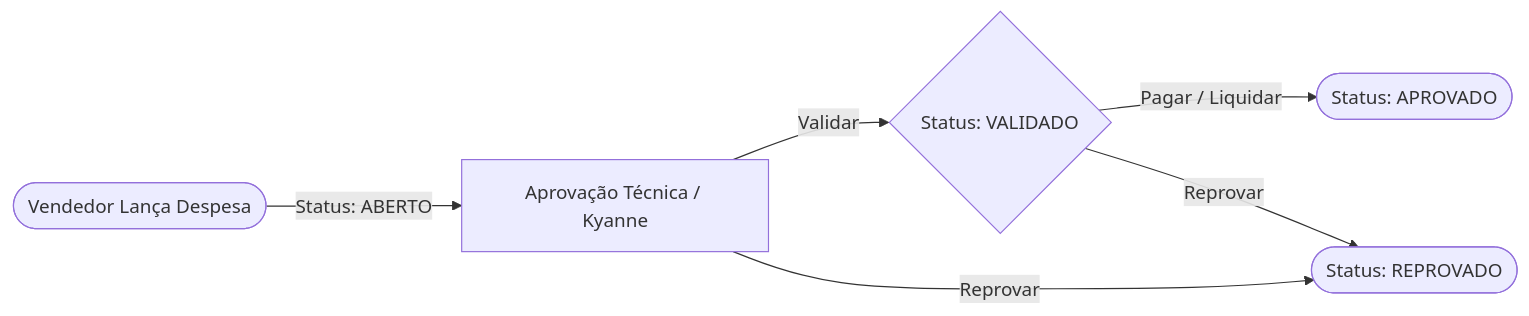
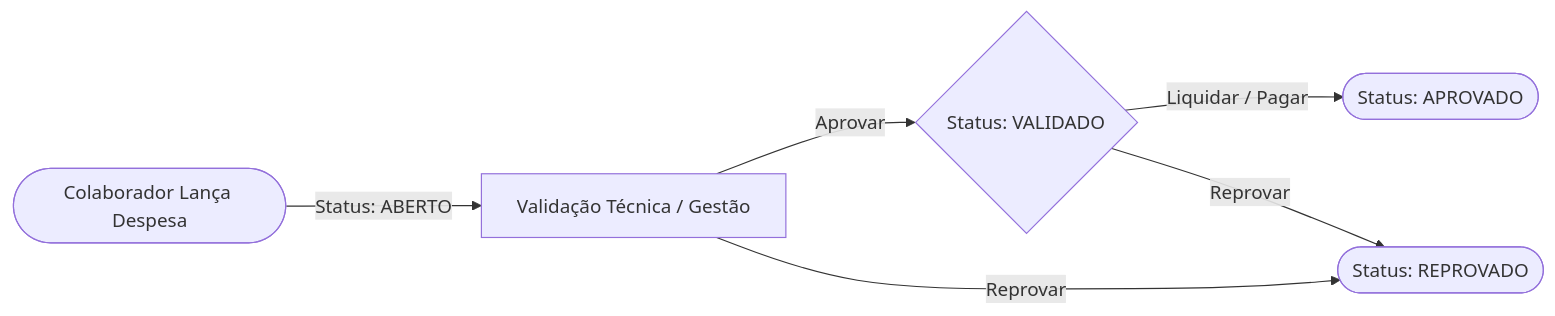
The diagram in README.md (suportesaav-web/portal_despesas_saavedra), drawn with Mermaid before and after one commit. The commit also changed other lines of this file and 6 other files, not shown here.

Commit message:
docs: atualiza README com matriz de aprovacao e roadmap; refactor: desacopla papeis tecnicos e ajusta visao admin

````diff
--- a/README.md
+++ b/README.md
@@ -83,8 +83,8 @@
 ```mermaid
 flowchart LR
-    A([Vendedor Lança Despesa]) -->|Status: ABERTO| B[Aprovação Técnica / Kyanne]
-    B -->|Validar| C{Status: VALIDADO}
+    A([Colaborador Lança Despesa]) -->|Status: ABERTO| B[Validação Técnica / Gestão]
+    B -->|Aprovar| C{Status: VALIDADO}
     B -->|Reprovar| R([Status: REPROVADO])
-    C -->|Pagar / Liquidar| D([Status: APROVADO])
+    C -->|Liquidar / Pagar| D([Status: APROVADO])
     C -->|Reprovar| R
 ```
````
